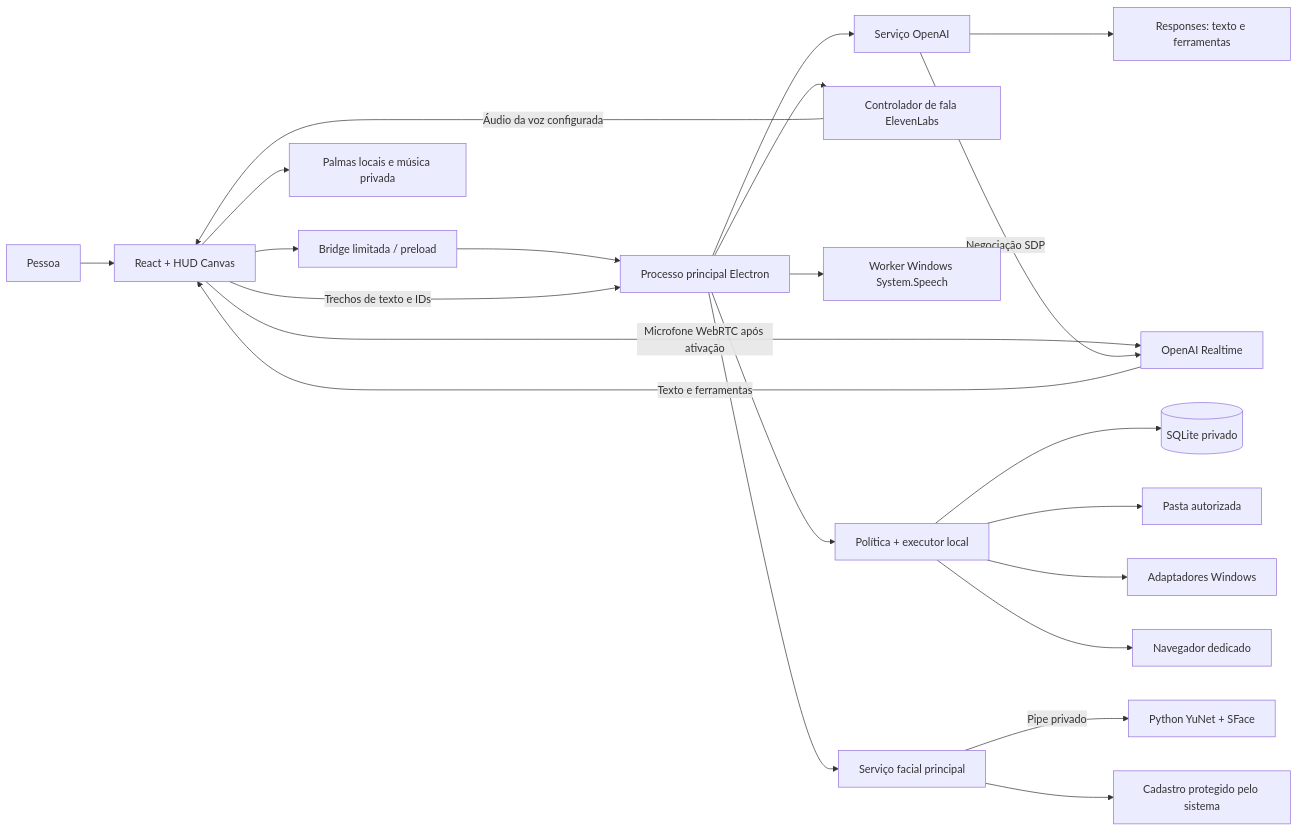
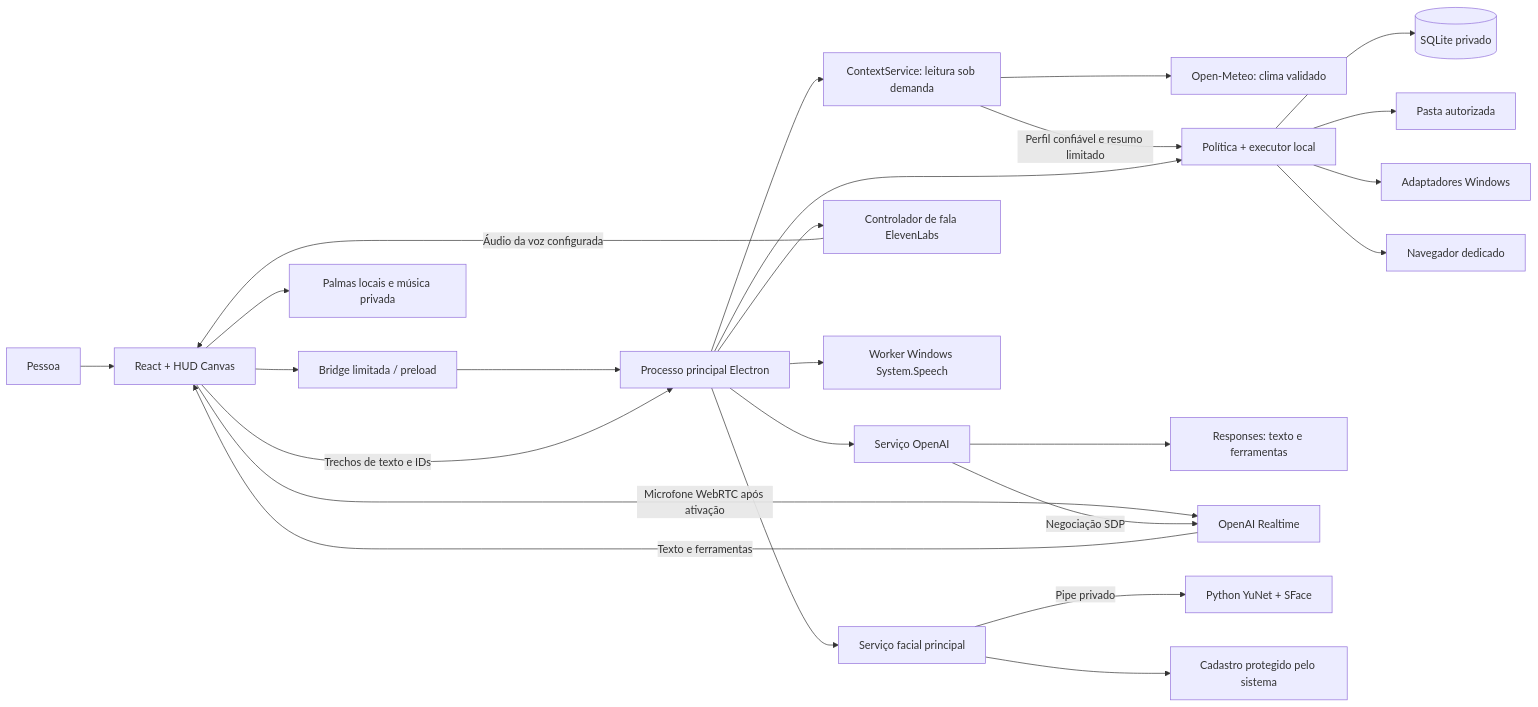
The diagram in docs/architecture.md (Gleysonp-Dev/GleysonSilva-Jarvis), drawn with Mermaid before and after one commit. The commit also changed other lines of this file and 25 other files, not shown here.

````diff
--- a/docs/architecture.md
+++ b/docs/architecture.md
@@ -7,24 +7,27 @@
 ```mermaid
 flowchart LR
     Pessoa[Pessoa] --> UI[React + HUD Canvas]
     UI --> Bridge[Bridge limitada / preload]
     Bridge --> Main[Processo principal Electron]
+    Main --> Context[ContextService: leitura sob demanda]
+    Context --> Weather[Open-Meteo: clima validado]
+    Context -->|Perfil confiável e resumo limitado| Runtime
     Main --> Provider[Serviço OpenAI]
     Provider --> Responses[Responses: texto e ferramentas]
     UI -->|Microfone WebRTC após ativação| Realtime[OpenAI Realtime]
     Realtime -->|Texto e ferramentas| UI
     Provider -->|Negociação SDP| Realtime
     UI -->|Trechos de texto e IDs| Main
     Main --> Speech[Controlador de fala ElevenLabs]
     Speech -->|Áudio da voz configurada| UI
     UI --> Standby[Palmas locais e música privada]
     Main --> Wake[Worker Windows System.Speech]
     Main --> Runtime[Política + executor local]
     Runtime --> DB[(SQLite privado)]
     Runtime --> Files[Pasta autorizada]
     Runtime --> Apps[Adaptadores Windows]
     Runtime --> Browser[Navegador dedicado]
     Main --> Vision[Serviço facial principal]
     Vision -->|Pipe privado| Worker[Python YuNet + SFace]
     Vision --> Protected[Cadastro protegido pelo sistema]
 ```
````
